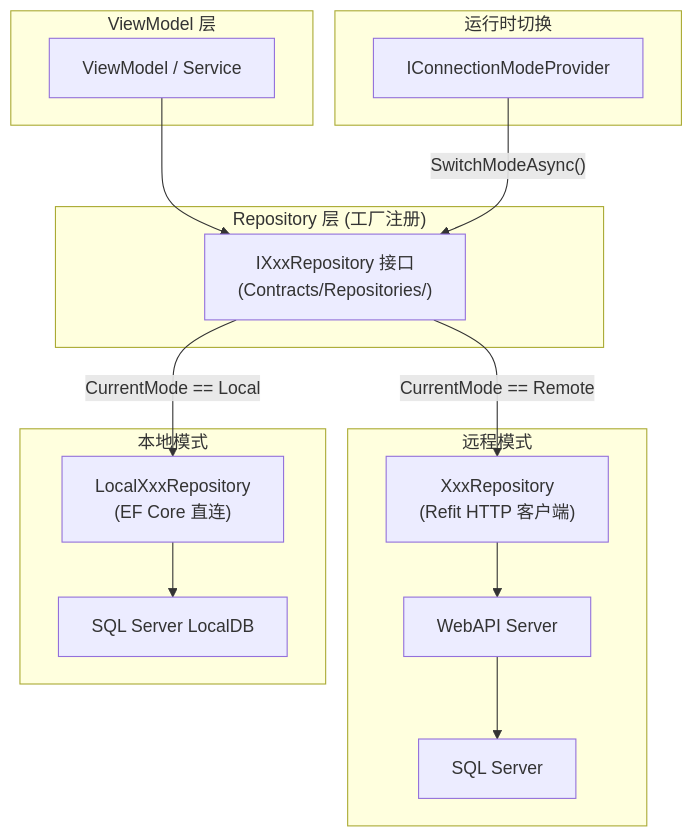
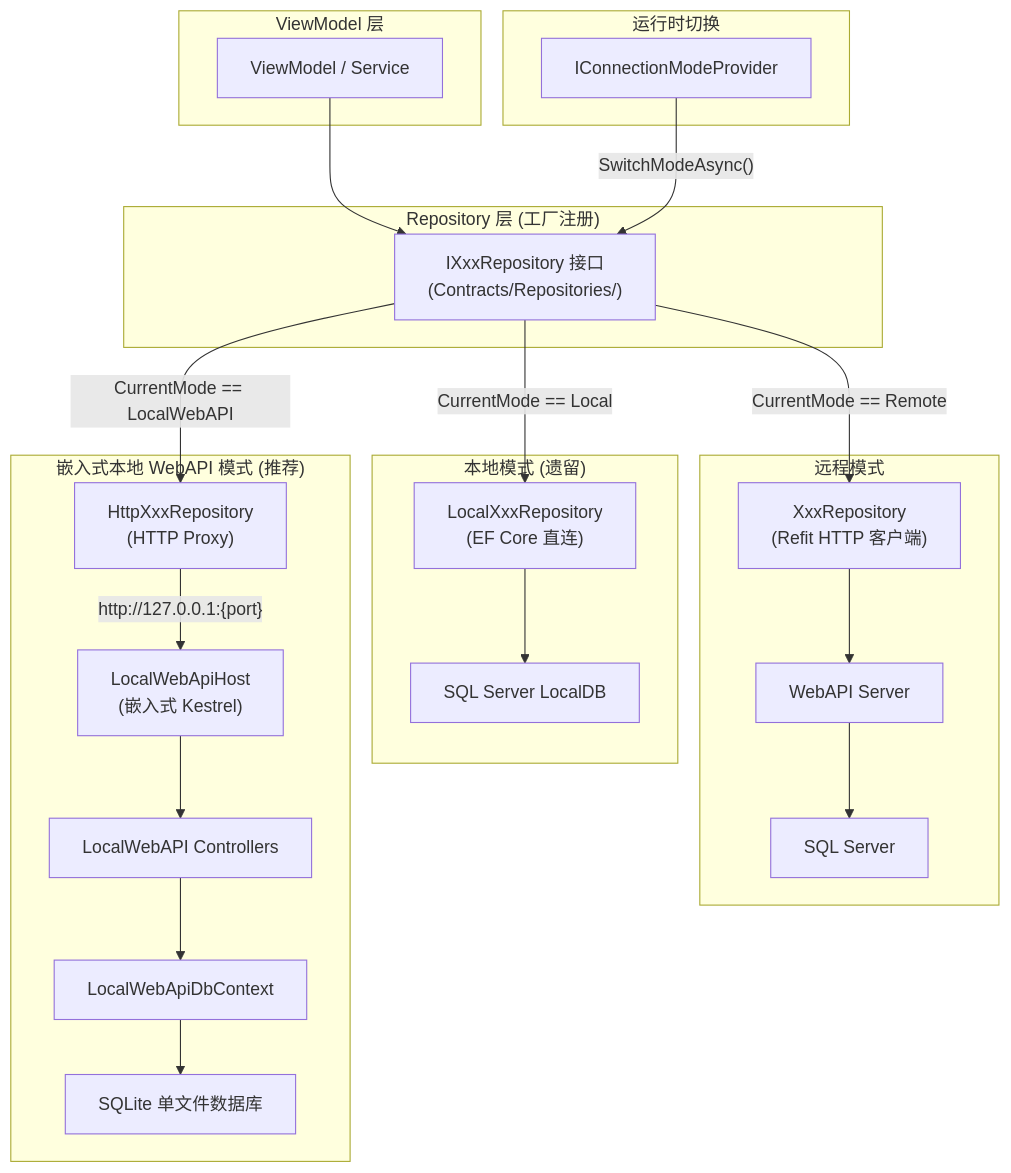
The first of 2 diagrams in docs/03-architecture/dual-mode.md (shouqitao/LYBTZYZS), drawn with Mermaid before and after one commit. The commit also changed other lines of this file, not shown here.

Commit message:
docs: update dual-mode architecture doc for three-mode (Remote/Local/LocalWebAPI)

````diff
--- a/docs/03-architecture/dual-mode.md
+++ b/docs/03-architecture/dual-mode.md
@@ -11,33 +19,44 @@
 ```mermaid
 graph TB
     subgraph VM["ViewModel 层"]
         BL["ViewModel / Service"]
     end
 
     subgraph REPO["Repository 层 (工厂注册)"]
         IRepo["IXxxRepository 接口<br>(Contracts/Repositories/)"]
     end
 
     BL --> IRepo
 
     IRepo -->|"CurrentMode == Remote"| RemoteRepo
     IRepo -->|"CurrentMode == Local"| LocalRepo
+    IRepo -->|"CurrentMode == LocalWebAPI"| HttpRepo
 
     subgraph Remote["远程模式"]
         RemoteRepo["XxxRepository<br>(Refit HTTP 客户端)"]
         API["WebAPI Server"]
         SQL["SQL Server"]
         RemoteRepo --> API --> SQL
     end
 
-    subgraph Local["本地模式"]
+    subgraph Local["本地模式 (遗留)"]
         LocalRepo["LocalXxxRepository<br>(EF Core 直连)"]
         LocalDB["SQL Server LocalDB"]
         LocalRepo --> LocalDB
+    end
+
+    subgraph LocalWebAPI["嵌入式本地 WebAPI 模式 (推荐)"]
+        HttpRepo["HttpXxxRepository<br>(HTTP Proxy)"]
+        Kestrel["LocalWebApiHost<br>(嵌入式 Kestrel)"]
+        SQLite["SQLite 单文件数据库"]
+        HttpRepo -->|"http://127.0.0.1:{port}"| Kestrel
+        Kestrel --> Controllers["LocalWebAPI Controllers"]
+        Controllers --> DbContext["LocalWebApiDbContext"]
+        DbContext --> SQLite
     end
 
     subgraph Switch["运行时切换"]
         CMP["IConnectionModeProvider"]
         CMP -->|"SwitchModeAsync()"| IRepo
     end
 ```
````
